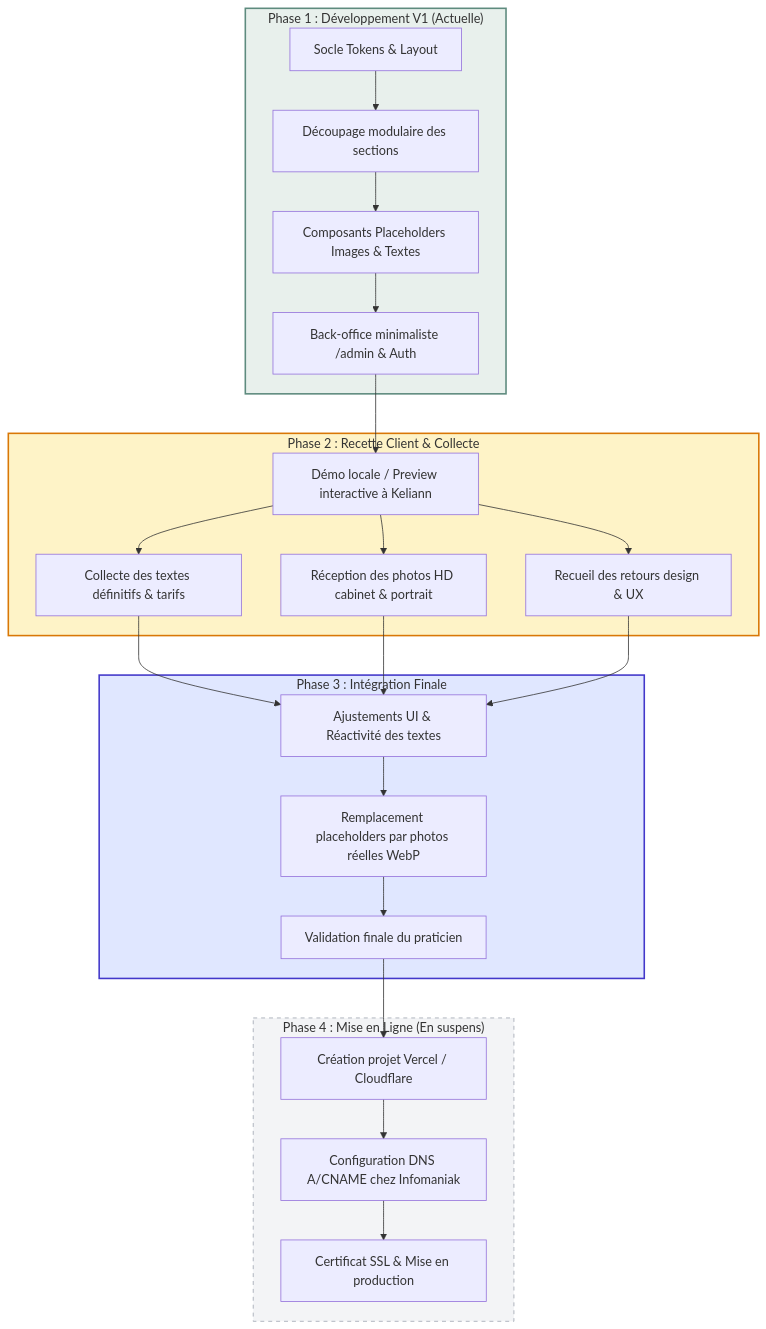
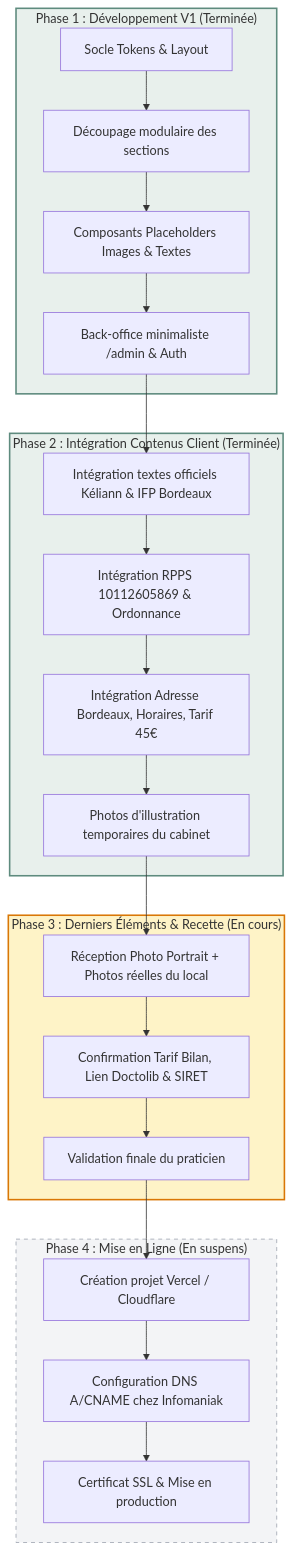
One commit to maxlamenace33-del/site-keliann-psychomot changed the diagram in PRD.md. Above: the diagram before and after it, drawn with Mermaid. The commit also changed other lines of this file and 15 other files, not shown here.

Commit message:
feat(content): integrate official Kéliann L'Azou content, RPPS, Bordeaux address, and cabinet illustrations

````diff
--- a/PRD.md
+++ b/PRD.md
@@ -32,32 +31,32 @@
 ```mermaid
 flowchart TD
-    subgraph PHASE_1 ["Phase 1 : Développement V1 (Actuelle)"]
+    subgraph PHASE_1 ["Phase 1 : Développement V1 (Terminée)"]
         P1_A[Socle Tokens & Layout] --> P1_B[Découpage modulaire des sections]
         P1_B --> P1_C[Composants Placeholders Images & Textes]
         P1_C --> P1_D[Back-office minimaliste /admin & Auth]
     end
 
-    subgraph PHASE_2 ["Phase 2 : Recette Client & Collecte"]
-        P1_D --> P2_A[Démo locale / Preview interactive à Keliann]
-        P2_A --> P2_B[Collecte des textes définitifs & tarifs]
-        P2_A --> P2_C[Réception des photos HD cabinet & portrait]
-        P2_A --> P2_D[Recueil des retours design & UX]
+    subgraph PHASE_2 ["Phase 2 : Intégration Contenus Client (Terminée)"]
+        P1_D --> P2_A[Intégration textes officiels Kéliann & IFP Bordeaux]
+        P2_A --> P2_B[Intégration RPPS 10112605869 & Ordonnance]
+        P2_B --> P2_C[Intégration Adresse Bordeaux, Horaires, Tarif 45€]
+        P2_C --> P2_D[Photos d'illustration temporaires du cabinet]
     end
 
-    subgraph PHASE_3 ["Phase 3 : Intégration Finale"]
-        P2_B & P2_C & P2_D --> P3_A[Ajustements UI & Réactivité des textes]
-        P3_A --> P3_B[Remplacement placeholders par photos réelles WebP]
+    subgraph PHASE_3 ["Phase 3 : Derniers Éléments & Recette (En cours)"]
+        P2_D --> P3_A[Réception Photo Portrait + Photos réelles du local]
+        P3_A --> P3_B[Confirmation Tarif Bilan, Lien Doctolib & SIRET]
         P3_B --> P3_C[Validation finale du praticien]
     end
 
     subgraph PHASE_4 ["Phase 4 : Mise en Ligne (En suspens)"]
         P3_C --> P4_A[Création projet Vercel / Cloudflare]
         P4_A --> P4_B[Configuration DNS A/CNAME chez Infomaniak]
         P4_B --> P4_C[Certificat SSL & Mise en production]
     end
 
     style PHASE_1 fill:#E8F0EC,stroke:#5E8B7E,stroke-width:2px
-    style PHASE_2 fill:#FEF3C7,stroke:#D97706,stroke-width:2px
-    style PHASE_3 fill:#E0E7FF,stroke:#4338CA,stroke-width:2px
+    style PHASE_2 fill:#E8F0EC,stroke:#5E8B7E,stroke-width:2px
+    style PHASE_3 fill:#FEF3C7,stroke:#D97706,stroke-width:2px
     style PHASE_4 fill:#F3F4F6,stroke:#9CA3AF,stroke-dasharray: 5 5
 ```
````
